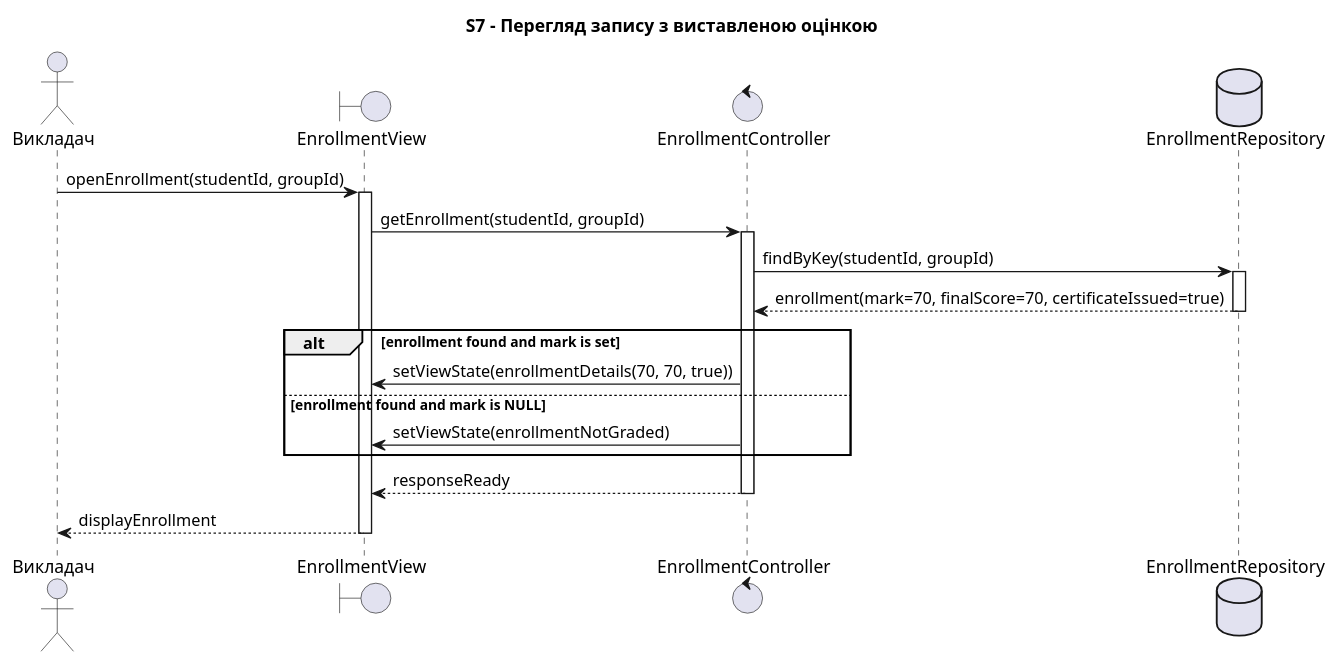
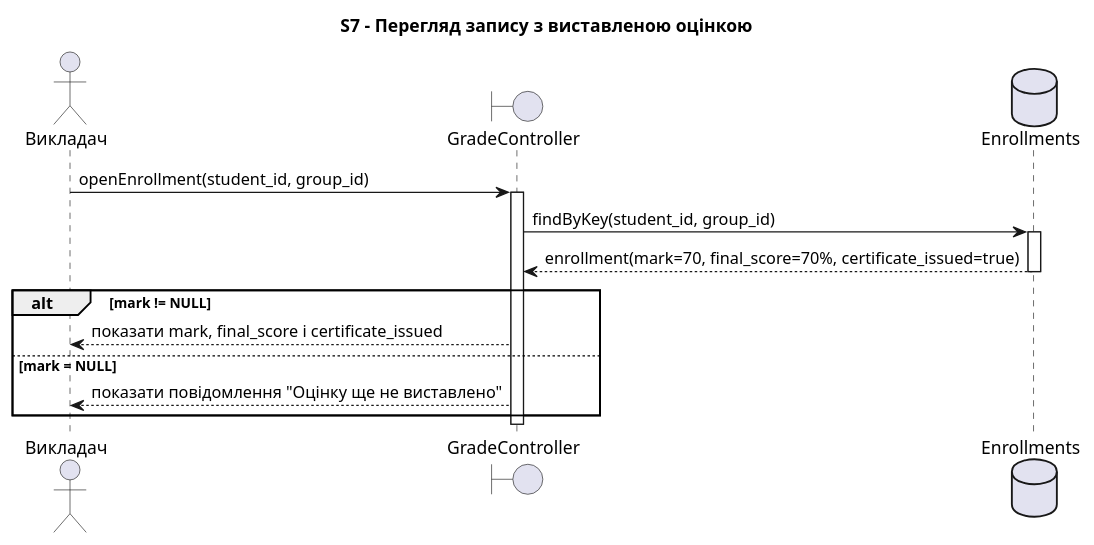
The seventh of 8 diagrams in lab3/sequence-diagrams.puml (ka1tya/KPI), drawn with PlantUML before and after one commit. The commit also changed other lines of this file and 1 other file, not shown here.

Commit message:
Виправлено форматування коду sequence-діаграм, а саме змінено назви учасників, щоб вони краще відповідали моделі системи, та додано тип для final_score (відсоток), як це також зазначено в моделі. Також було додано файл spec.md з описом сценаріїв, які відповідають оновленим діаграмам

```diff
--- a/lab3/sequence-diagrams.puml
+++ b/lab3/sequence-diagrams.puml
@@ -205,18 +248,20 @@
 @startuml S7
  title S7 - Перегляд запису з виставленою оцінкою
+
  actor "Викладач" as Teacher
- boundary "EnrollmentView" as View
- control "EnrollmentController" as Controller
- database "EnrollmentRepository" as EnrollmentRepo
- Teacher -> View ++: openEnrollment(studentId, groupId)
- View -> Controller ++: getEnrollment(studentId, groupId)
- Controller -> EnrollmentRepo ++: findByKey(studentId, groupId)
- EnrollmentRepo --> Controller --: enrollment(mark=70, finalScore=70, certificateIssued=true)
- alt enrollment found and mark is set
-  Controller -> View: setViewState(enrollmentDetails(70, 70, true))
- else enrollment found and mark is NULL
-  Controller -> View: setViewState(enrollmentNotGraded)
+ boundary "GradeController" as Controller
+ database "Enrollments" as Enrollments
+
+ Teacher -> Controller : openEnrollment(student_id, group_id)
+ activate Controller
+ Controller -> Enrollments : findByKey(student_id, group_id)
+ activate Enrollments
+ Enrollments --> Controller : enrollment(mark=70, final_score=70%, certificate_issued=true)
+ deactivate Enrollments
+ alt mark != NULL 
+   Controller --> Teacher : показати mark, final_score і certificate_issued
+ else mark = NULL
+   Controller --> Teacher : показати повідомлення "Оцінку ще не виставлено"
  end
- Controller --> View --: responseReady
- View --> Teacher --: displayEnrollment
+ deactivate Controller
 @enduml
```
